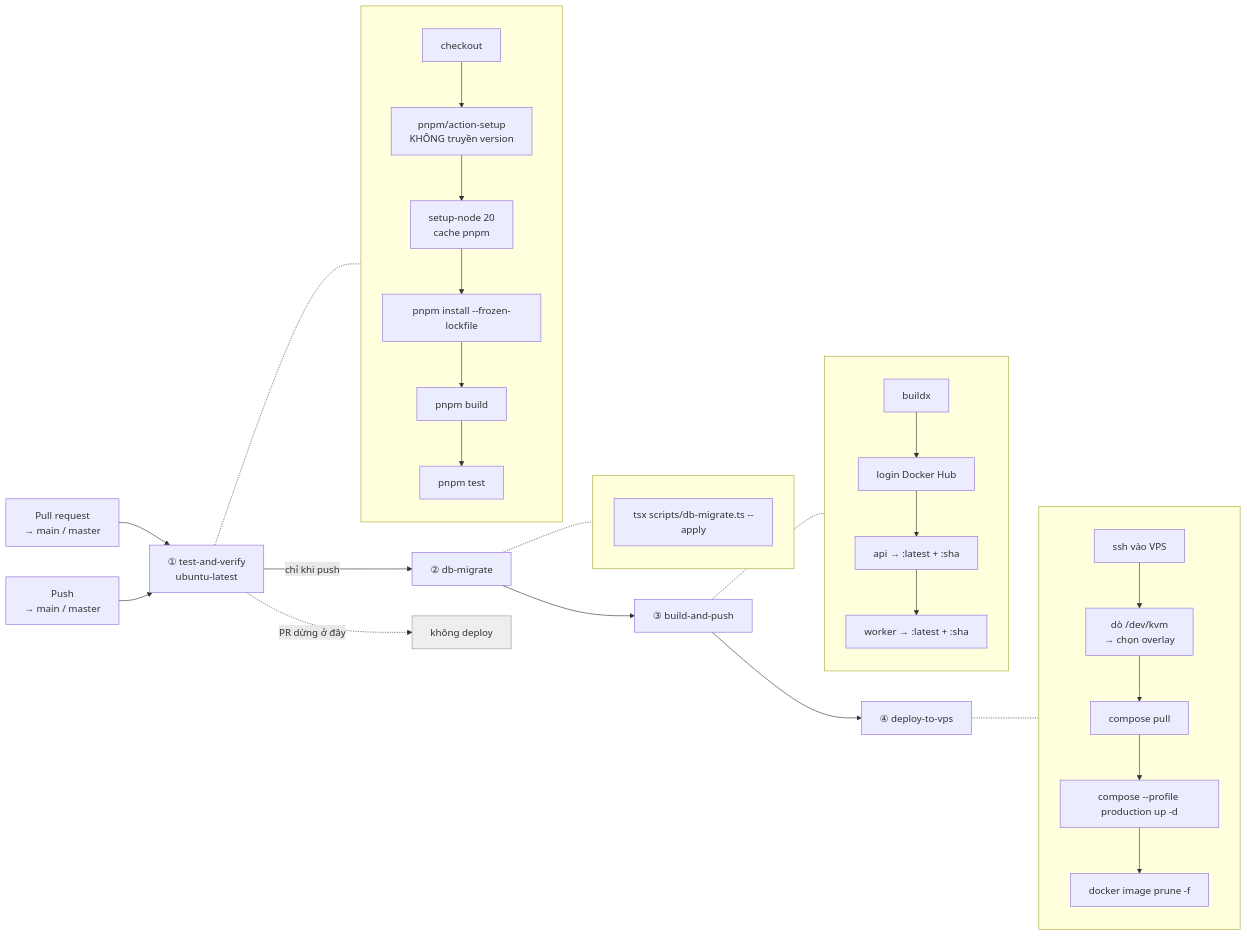
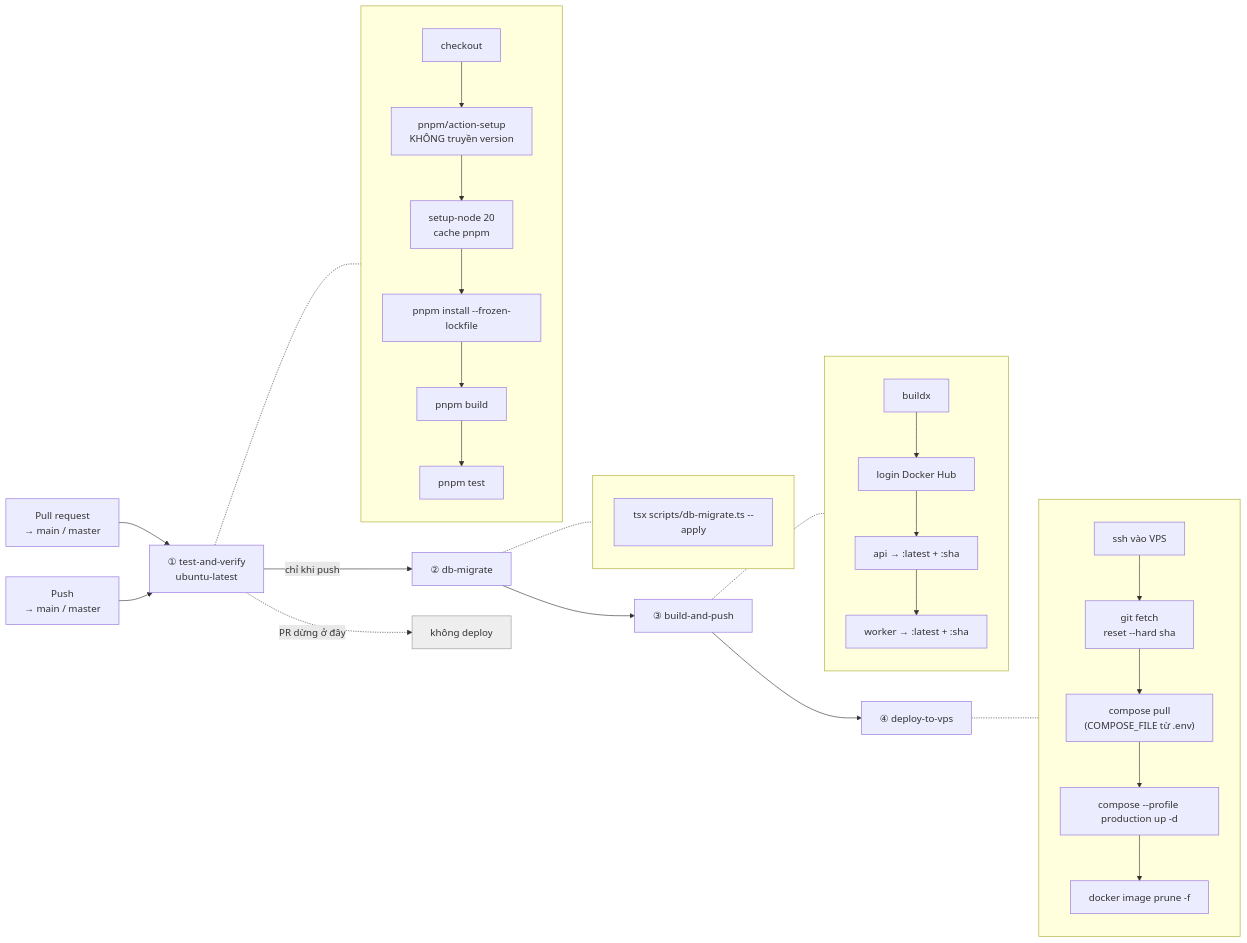
One commit to daclong120-del/app-relay changed the diagram in docs/CI-CD.md. Above: the diagram before and after it, drawn with Mermaid. The commit also changed other lines of this file and 14 other files, not shown here.

````diff
--- a/docs/CI-CD.md
+++ b/docs/CI-CD.md
@@ -9,37 +9,37 @@
 ```mermaid
 flowchart LR
     PR["Pull request<br/>→ main / master"] --> T
     PU["Push<br/>→ main / master"] --> T
 
     T["① test-and-verify<br/>ubuntu-latest"]
 
     T -->|"chỉ khi push"| M["② db-migrate"]
     M --> B["③ build-and-push"]
     B --> D["④ deploy-to-vps"]
 
     T -.->|"PR dừng ở đây"| STOP["không deploy"]
 
     subgraph S1[" "]
         T1["checkout"] --> T2["pnpm/action-setup<br/>KHÔNG truyền version"] --> T3["setup-node 20<br/>cache pnpm"] --> T4["pnpm install --frozen-lockfile"] --> T5["pnpm build"] --> T6["pnpm test"]
     end
 
     subgraph S2[" "]
         M1["tsx scripts/db-migrate.ts --apply"]
     end
 
     subgraph S3[" "]
         B1["buildx"] --> B2["login Docker Hub"] --> B3["api → :latest + :sha"] --> B4["worker → :latest + :sha"]
     end
 
     subgraph S4[" "]
-        D1["ssh vào VPS"] --> D2["dò /dev/kvm<br/>→ chọn overlay"] --> D3["compose pull"] --> D4["compose --profile production up -d"] --> D5["docker image prune -f"]
+        D1["ssh vào VPS"] --> D2["git fetch<br/>reset --hard sha"] --> D3["compose pull<br/>(COMPOSE_FILE từ .env)"] --> D4["compose --profile production up -d"] --> D5["docker image prune -f"]
     end
 
     T -.- S1
     M -.- S2
     B -.- S3
     D -.- S4
 
     classDef stop fill:#eee,stroke:#999
     class STOP stop
 ```
````
